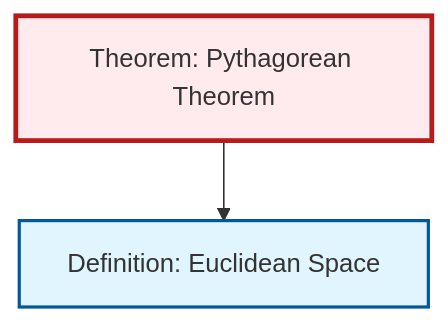
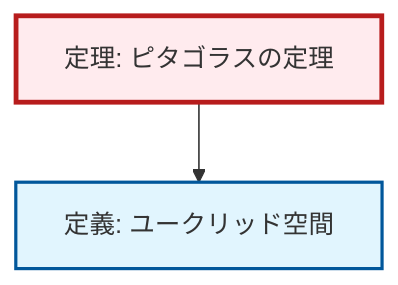
Before and after one commit to RK0429/ModernMath: the second of 2 diagrams in content/ja/geometry/thm-pythagorean.qmd, drawn with Mermaid. The commit also changed 1069 other files, not shown here.

````diff
--- a/content/ja/geometry/thm-pythagorean.qmd
+++ b/content/ja/geometry/thm-pythagorean.qmd
@@ -73,14 +73,14 @@
 ```{mermaid}
 %%| fig-cap: "Local dependency graph"
 graph TD
     classDef definition fill:#e1f5fe,stroke:#01579b,stroke-width:2px
     classDef theorem fill:#f3e5f5,stroke:#4a148c,stroke-width:2px
     classDef axiom fill:#fff3e0,stroke:#e65100,stroke-width:2px
     classDef example fill:#e8f5e9,stroke:#1b5e20,stroke-width:2px
     classDef current fill:#ffebee,stroke:#b71c1c,stroke-width:3px
-    def-euclidean-space["Definition: Euclidean Space"]:::definition
-    thm-pythagorean["Theorem: Pythagorean Theorem"]:::theorem
+    def-euclidean-space["定義: ユークリッド空間"]:::definition
+    thm-pythagorean["定理: ピタゴラスの定理"]:::theorem
     thm-pythagorean --> def-euclidean-space
     class thm-pythagorean current
-    click def-euclidean-space "def-euclidean-space.html" "Definition: Euclidean Spaceへ"
+    click def-euclidean-space "def-euclidean-space.html" "ユークリッド空間の定義へ"
 ```
````
